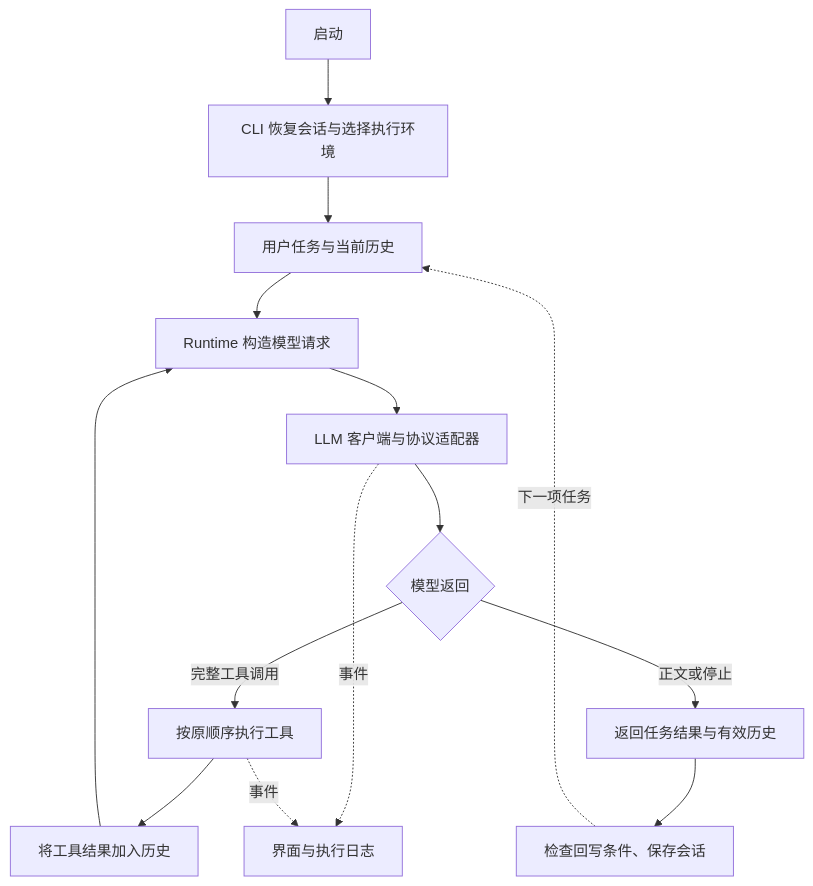
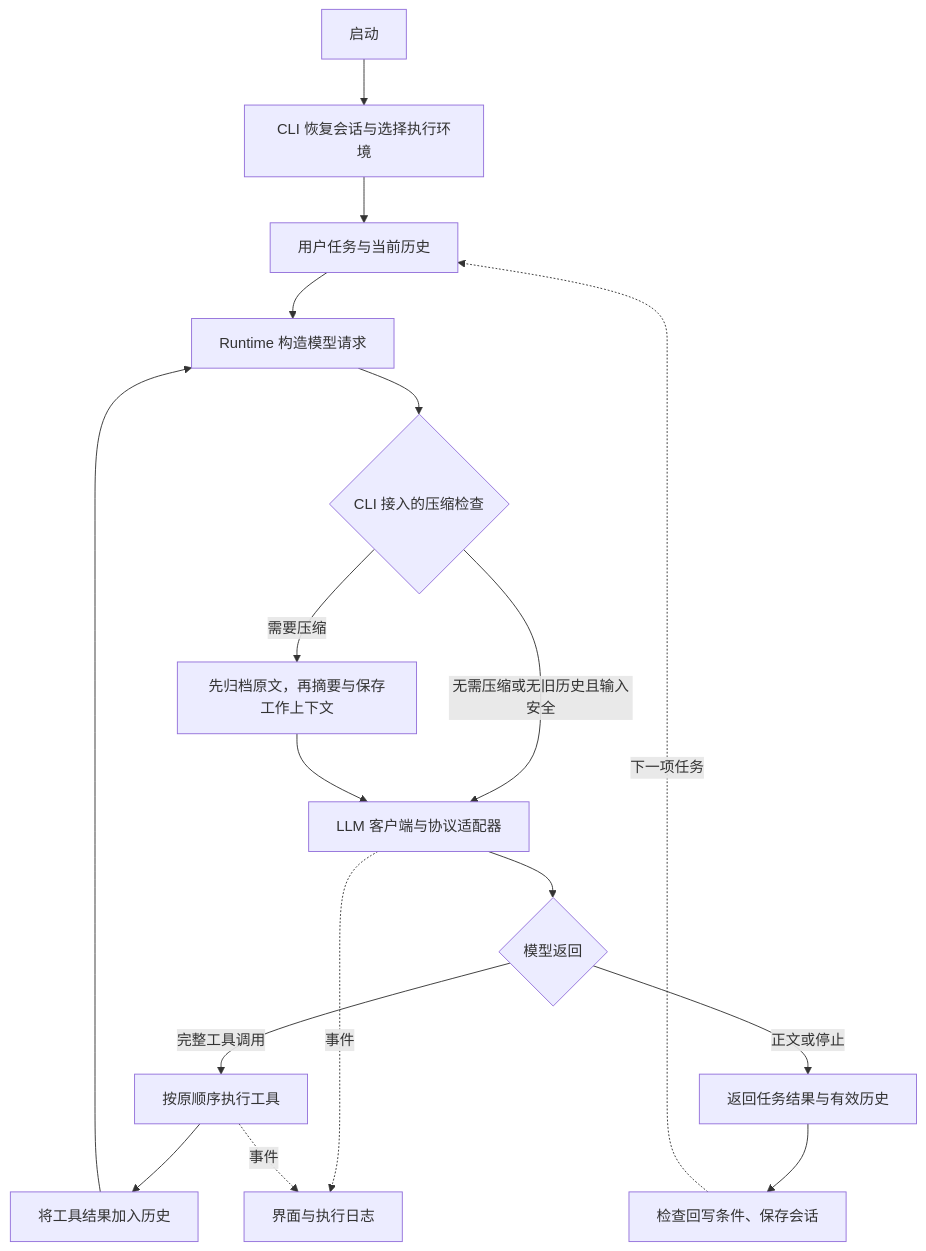
One commit to Lizhong-Jin/repo_agent changed the diagram in Project_Architecture.md. Above: the diagram before and after it, drawn with Mermaid. The commit also changed other lines of this file and 53 other files, not shown here.

````diff
--- a/Project_Architecture.md
+++ b/Project_Architecture.md
@@ -29,16 +31,19 @@
 ```mermaid
 flowchart TD
     A[启动] --> B[CLI 恢复会话与选择执行环境]
     B --> R[用户任务与当前历史]
     R --> C[Runtime 构造模型请求]
-    C --> D[LLM 客户端与协议适配器]
+    C --> K{CLI 接入的压缩检查}
+    K -->|需要压缩| L[先归档原文，再摘要与保存工作上下文]
+    K -->|无需压缩或无旧历史且输入安全| D[LLM 客户端与协议适配器]
+    L --> D
     D --> E{模型返回}
     E -->|完整工具调用| F[按原顺序执行工具]
     F --> G[将工具结果加入历史]
     G --> C
     E -->|正文或停止| H[返回任务结果与有效历史]
     H --> I[检查回写条件、保存会话]
     I -.下一项任务.-> R
     D -.事件.-> J[界面与执行日志]
     F -.事件.-> J
 ```
````
